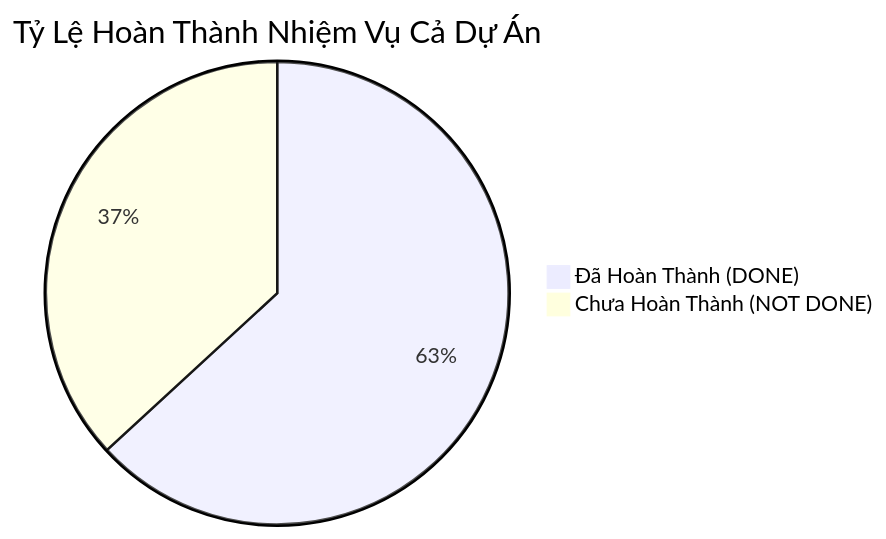
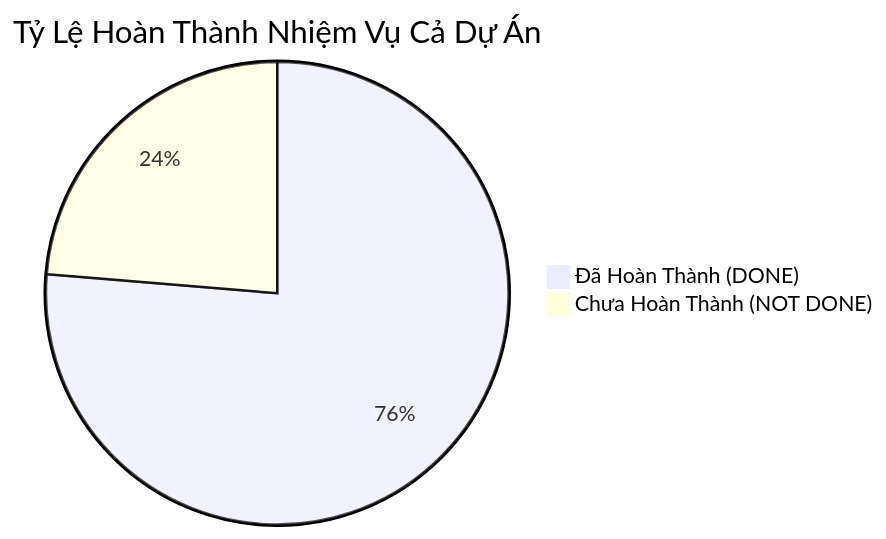
The first of 2 diagrams in docs/TIEN_DO_CONG_VIEC.md (phattvh/DataStructure_ATM-Project), drawn with Mermaid before and after one commit. The commit also changed other lines of this file and 7 other files, not shown here.

Commit message:
feat(controller): implement AtmController, Admin flow, and main entry point for Phase 2 Member C

````diff
--- a/docs/TIEN_DO_CONG_VIEC.md
+++ b/docs/TIEN_DO_CONG_VIEC.md
@@ -10,5 +10,5 @@
 ```mermaid
 pie title Tỷ Lệ Hoàn Thành Nhiệm Vụ Cả Dự Án
-    "Đã Hoàn Thành (DONE)" : 24
-    "Chưa Hoàn Thành (NOT DONE)" : 14
+    "Đã Hoàn Thành (DONE)" : 29
+    "Chưa Hoàn Thành (NOT DONE)" : 9
 ```
````
